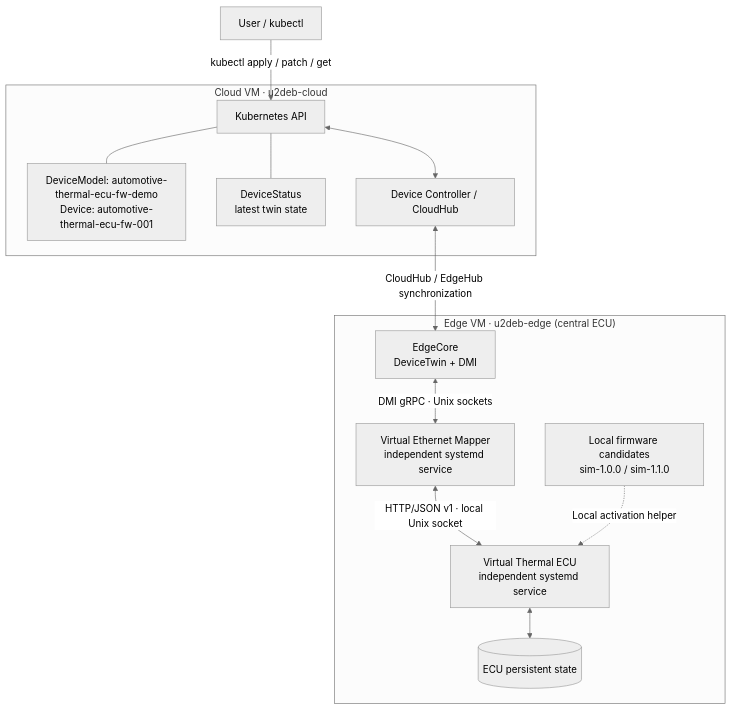
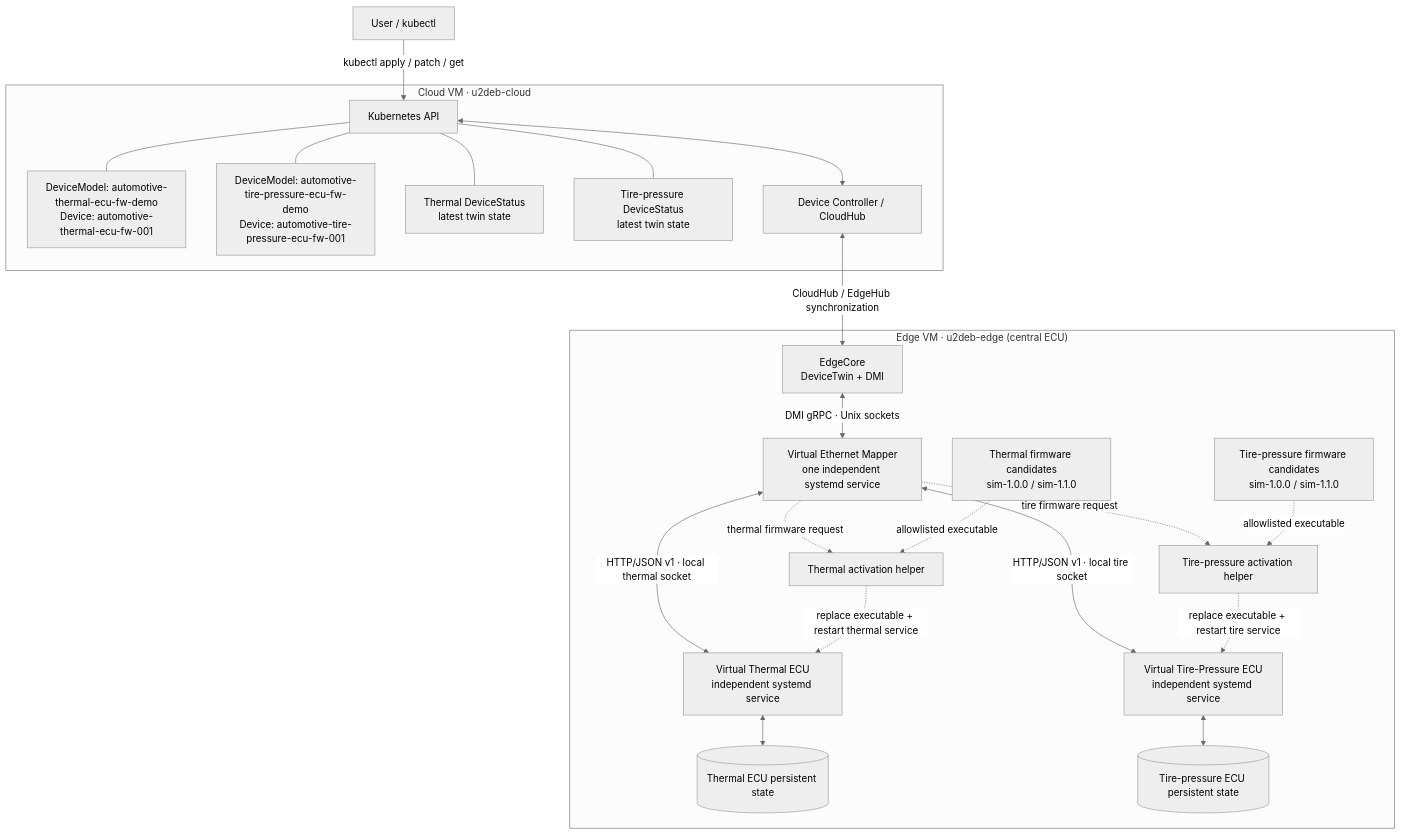
The third of 10 diagrams in README.md (neotera-eu/up2date4sdv-continuumx-playground), drawn with Mermaid (neutral theme) before and after one commit. The commit also changed other lines of this file and 2 other files, not shown here.

Commit message:
Describe two-ECU VM architecture and runtime handoff.

````diff
--- a/README.md
+++ b/README.md
@@ -87,26 +112,42 @@
 ```mermaid
 flowchart TB
     User["User / kubectl"]
     subgraph Cloud["Cloud VM · u2deb-cloud"]
         API["Kubernetes API"]
-        CRD["DeviceModel: automotive-thermal-ecu-fw-demo<br/>Device: automotive-thermal-ecu-fw-001"]
-        Status["DeviceStatus<br/>latest twin state"]
+        ThermalCRD["DeviceModel: automotive-thermal-ecu-fw-demo<br/>Device: automotive-thermal-ecu-fw-001"]
+        TireCRD["DeviceModel: automotive-tire-pressure-ecu-fw-demo<br/>Device: automotive-tire-pressure-ecu-fw-001"]
+        ThermalStatus["Thermal DeviceStatus<br/>latest twin state"]
+        TireStatus["Tire-pressure DeviceStatus<br/>latest twin state"]
         Core["Device Controller / CloudHub"]
-        API --- CRD
-        API --- Status
+        API --- ThermalCRD
+        API --- TireCRD
+        API --- ThermalStatus
+        API --- TireStatus
         API <--> Core
     end
     subgraph Edge["Edge VM · u2deb-edge (central ECU)"]
         Twin["EdgeCore<br/>DeviceTwin + DMI"]
-        Mapper["Virtual Ethernet Mapper<br/>independent systemd service"]
-        ECU["Virtual Thermal ECU<br/>independent systemd service"]
-        State[("ECU persistent state")]
-        Stage["Local firmware candidates<br/>sim-1.0.0 / sim-1.1.0"]
+        Mapper["Virtual Ethernet Mapper<br/>one independent systemd service"]
+        Thermal["Virtual Thermal ECU<br/>independent systemd service"]
+        Tire["Virtual Tire-Pressure ECU<br/>independent systemd service"]
+        ThermalState[("Thermal ECU persistent state")]
+        TireState[("Tire-pressure ECU persistent state")]
+        ThermalStage["Thermal firmware candidates<br/>sim-1.0.0 / sim-1.1.0"]
+        TireStage["Tire-pressure firmware candidates<br/>sim-1.0.0 / sim-1.1.0"]
+        ThermalHelper["Thermal activation helper"]
+        TireHelper["Tire-pressure activation helper"]
         Twin <-->|"DMI gRPC · Unix sockets"| Mapper
-        Mapper <-->|"HTTP/JSON v1 · local Unix socket"| ECU
-        ECU <--> State
-        Stage -.->|"Local activation helper"| ECU
+        Mapper <-->|"HTTP/JSON v1 · local thermal socket"| Thermal
+        Mapper <-->|"HTTP/JSON v1 · local tire socket"| Tire
+        Thermal <--> ThermalState
+        Tire <--> TireState
+        Mapper -.->|"thermal firmware request"| ThermalHelper
+        Mapper -.->|"tire firmware request"| TireHelper
+        ThermalStage -.->|"allowlisted executable"| ThermalHelper
+        TireStage -.->|"allowlisted executable"| TireHelper
+        ThermalHelper -.->|"replace executable + restart thermal service"| Thermal
+        TireHelper -.->|"replace executable + restart tire service"| Tire
     end
     User -->|"kubectl apply / patch / get"| API
     Core <-->|"CloudHub / EdgeHub synchronization"| Twin
 ```
````
